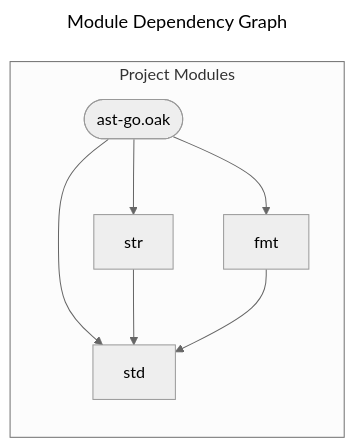
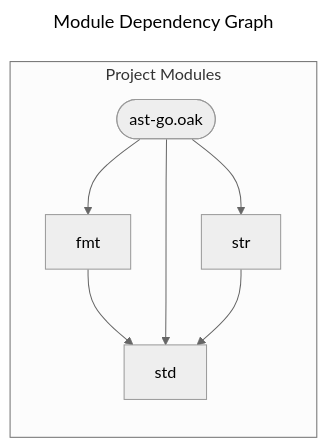
The diagram in docs/spec/ast-go.mmd (SpcFORK/magnolia), drawn with Mermaid (neutral theme) before and after one commit. The commit also changed other lines of this file and 184 other files, not shown here.

```diff
--- a/docs/spec/ast-go.mmd
+++ b/docs/spec/ast-go.mmd
@@ -1,15 +1,15 @@
 ---
 title: Module Dependency Graph
 ---
 flowchart LR
     subgraph project_modules ["Project Modules"]
+        fmt["fmt"]
         lib_ast_go_oak(["ast-go.oak"])
         std["std"]
         str["str"]
-        fmt["fmt"]
     end
+    fmt --> std
     lib_ast_go_oak --> std
     lib_ast_go_oak --> str
     lib_ast_go_oak --> fmt
     str --> std
-    fmt --> std
```
